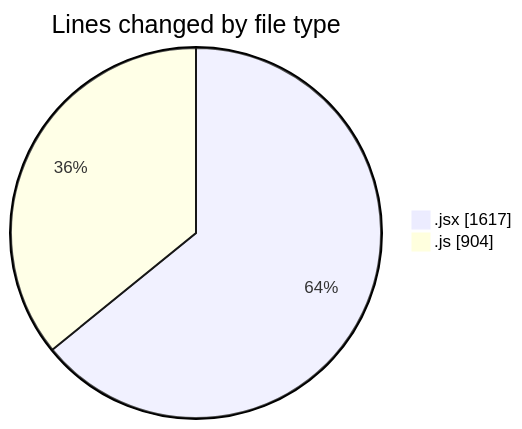
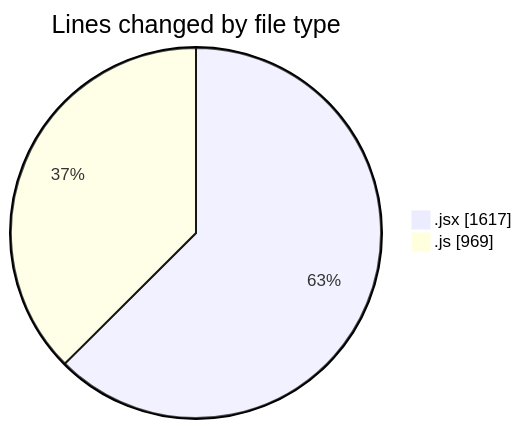
One commit to nxtqubesakshisongat/code-tracking changed the first of 2 diagrams in 2025-06-04/nxtqube_webapp/README.md. Above: the diagram before and after it, drawn with Mermaid. The commit also changed other lines of this file and 1 other file, not shown here.

````diff
--- a/2025-06-04/nxtqube_webapp/README.md
+++ b/2025-06-04/nxtqube_webapp/README.md
@@ -23,6 +24,6 @@
 ```mermaid
 pie showData
 title Lines changed by file type
 ".jsx" : 1617
-".js" : 904
+".js" : 969
 ```
````
